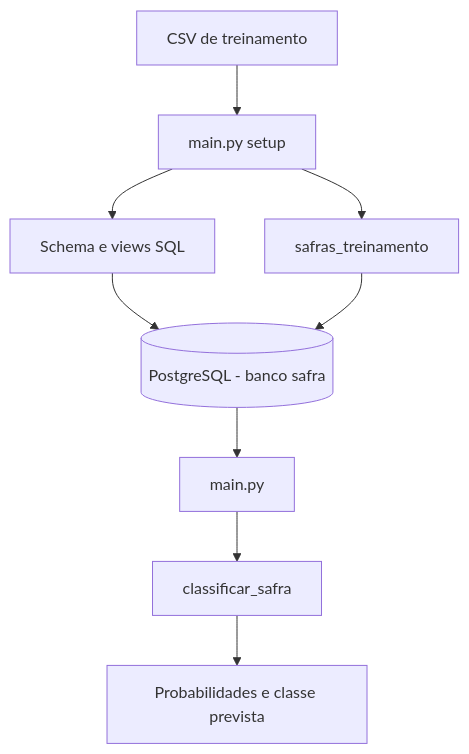
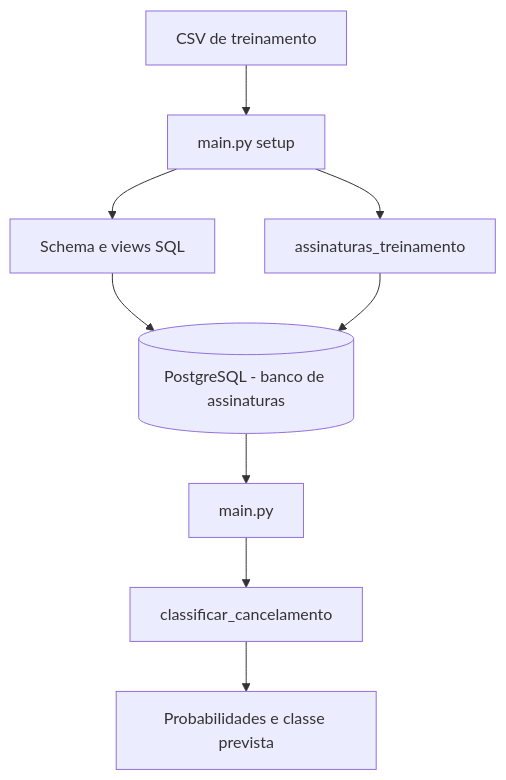
The first of 4 diagrams in README.md (DiogoAug16/safra-rentavel), drawn with Mermaid before and after one commit. The commit also changed other lines of this file and 24 other files, not shown here.

````diff
--- a/README.md
+++ b/README.md
@@ -40,11 +40,11 @@
 ```mermaid
 flowchart TD
     A[CSV de treinamento] --> B[main.py setup]
     B --> C[Schema e views SQL]
-    C --> D[(PostgreSQL - banco safra)]
-    B --> E[safras_treinamento]
+    C --> D[(PostgreSQL - banco de assinaturas)]
+    B --> E[assinaturas_treinamento]
     E --> D
     D --> F[main.py]
-    F --> G[classificar_safra]
+    F --> G[classificar_cancelamento]
     G --> H[Probabilidades e classe prevista]
 ```
````
